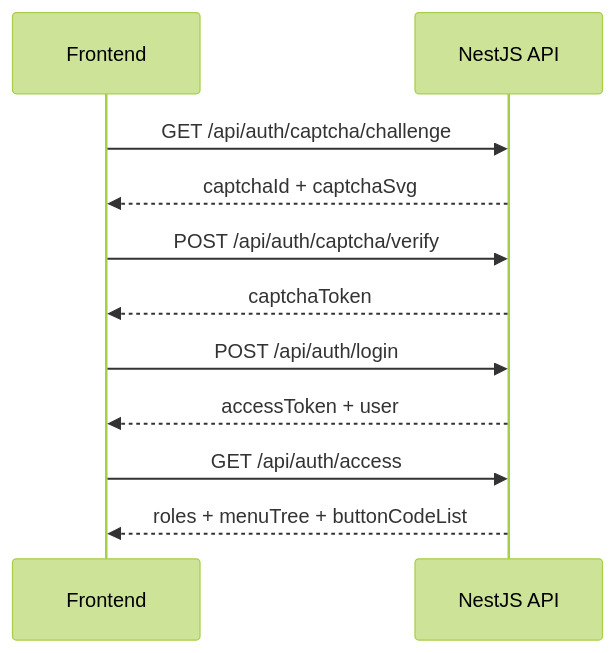
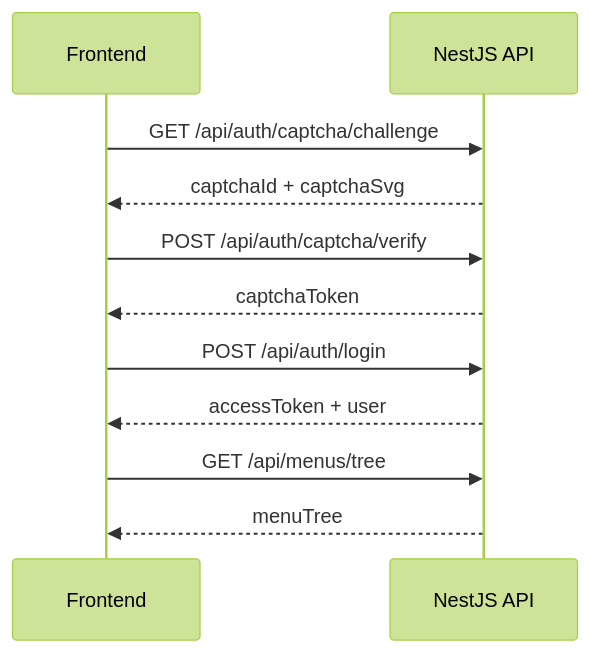
Before and after one commit to Liu-code3/luckyColor-docs: the diagram in api/spec.md, drawn with Mermaid (forest theme). The commit also changed other lines of this file and 8 other files, not shown here.

````diff
--- a/api/spec.md
+++ b/api/spec.md
@@ -163,14 +163,14 @@
 ```mermaid
 sequenceDiagram
     participant UI as Frontend
     participant API as NestJS API
 
     UI->>API: GET /api/auth/captcha/challenge
     API-->>UI: captchaId + captchaSvg
     UI->>API: POST /api/auth/captcha/verify
     API-->>UI: captchaToken
     UI->>API: POST /api/auth/login
     API-->>UI: accessToken + user
-    UI->>API: GET /api/auth/access
-    API-->>UI: roles + menuTree + buttonCodeList
+    UI->>API: GET /api/menus/tree
+    API-->>UI: menuTree
 ```
````
